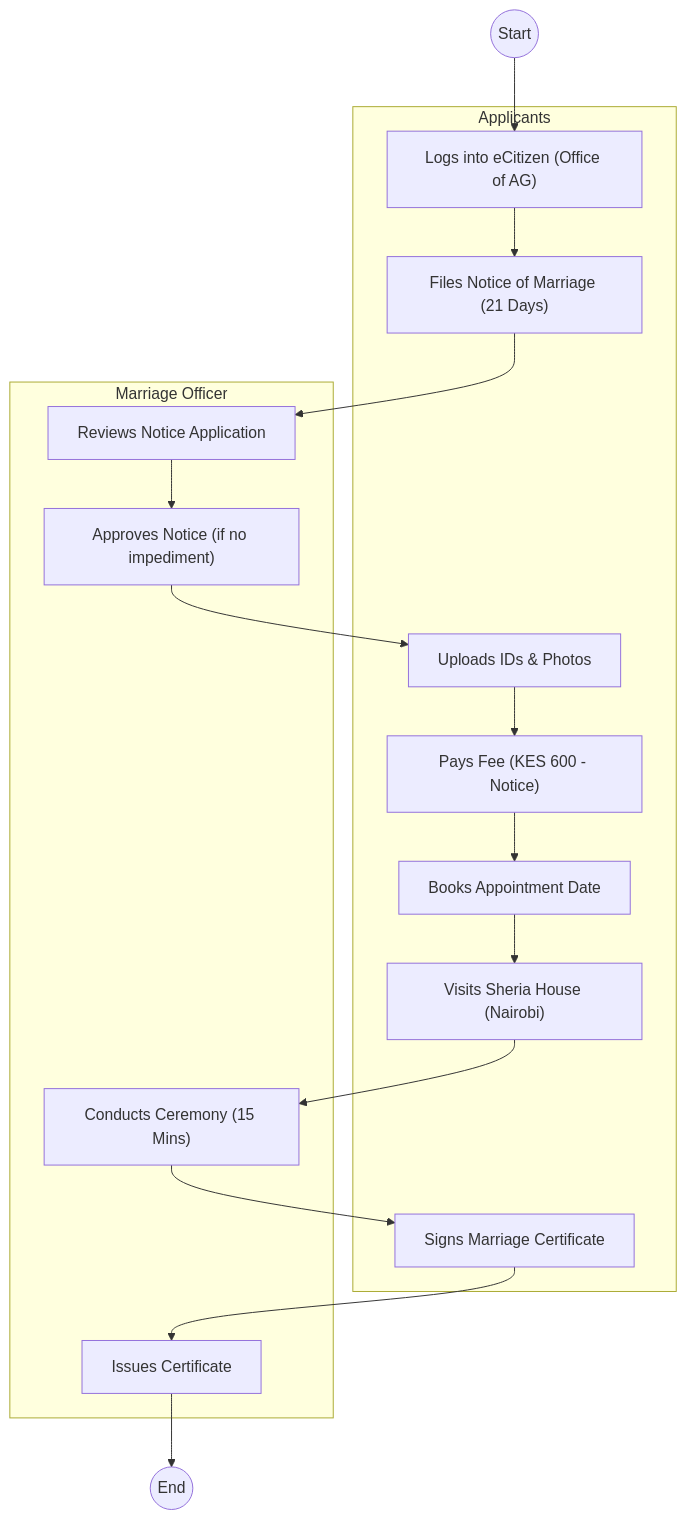
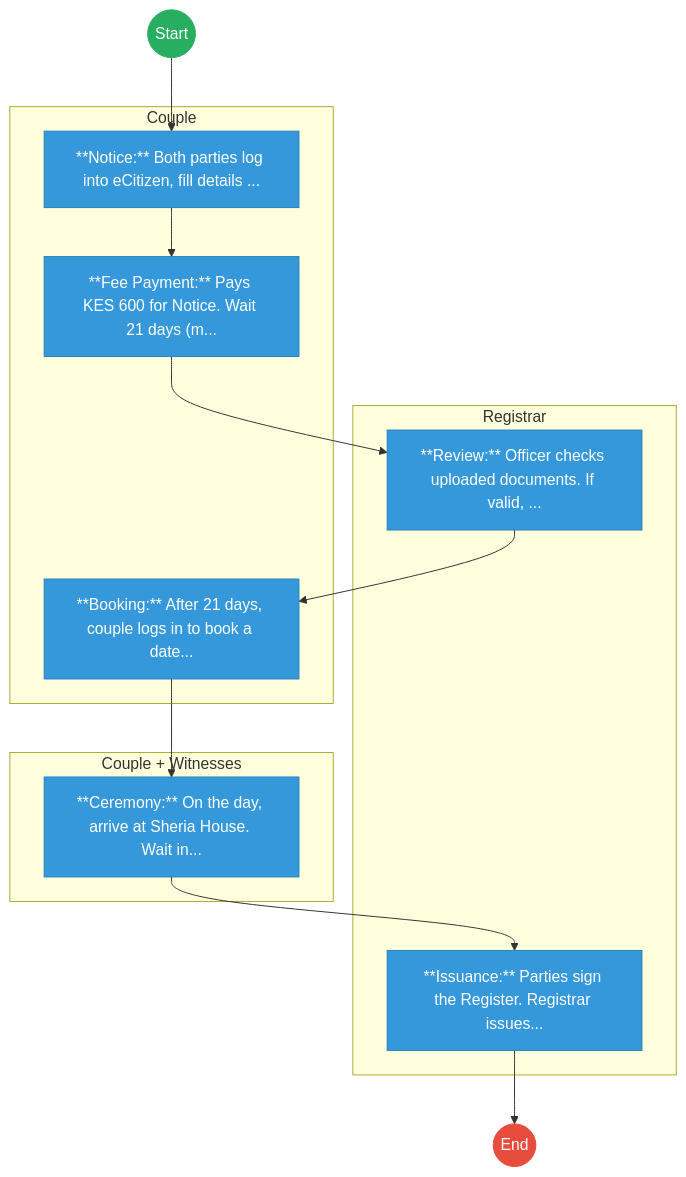
One commit to BITZ-IT-Consulting-LTD/ictapoc changed the first of 2 diagrams in mdas/docs_final/State_Law_Office_The___Service_Delivery.md. Above: the diagram before and after it, drawn with Mermaid. The commit also changed other lines of this file and 461 other files, not shown here.

````diff
--- a/mdas/docs_final/State_Law_Office_The___Service_Delivery.md
+++ b/mdas/docs_final/State_Law_Office_The___Service_Delivery.md
@@ -20,31 +20,34 @@
 ```mermaid
 graph TD
     Start((Start)) --> S1
-    subgraph Couple [Applicants]
-        S1["Logs into eCitizen (Office of AG)"]
-        S2["Files Notice of Marriage (21 Days)"]
-        S3["Uploads IDs & Photos"]
-        S4["Pays Fee (KES 600 - Notice)"]
-        S5["Books Appointment Date"]
-        S6["Visits Sheria House (Nairobi)"]
-        S8["Signs Marriage Certificate"]
+
+    subgraph Couple [Couple]
+        S1["**Notice:** Both parties log into eCitizen, fill details ..."]
+        S2["**Fee Payment:** Pays KES 600 for Notice. Wait 21 days (m..."]
+        S4["**Booking:** After 21 days, couple logs in to book a date..."]
     end
-    subgraph Registrar [Marriage Officer]
-        S2a["Reviews Notice Application"]
-        S2b["Approves Notice (if no impediment)"]
-        S7["Conducts Ceremony (15 Mins)"]
-        S9["Issues Certificate"]
+
+    subgraph Registrar [Registrar]
+        S3["**Review:** Officer checks uploaded documents. If valid, ..."]
+        S6["**Issuance:** Parties sign the Register. Registrar issues..."]
     end
-    
+
+    subgraph Couple_+_Witnesses [Couple + Witnesses]
+        S5["**Ceremony:** On the day, arrive at Sheria House. Wait in..."]
+    end
     S1 --> S2
-    S2 --> S2a
-    S2a --> S2b
-    S2b --> S3
+    S2 --> S3
     S3 --> S4
     S4 --> S5
     S5 --> S6
-    S6 --> S7
-    S7 --> S8
-    S8 --> S9
-    S9 --> End((End))
+    S6 --> End((End))
+
+    classDef start fill:#27ae60,stroke:#27ae60,color:#fff;
+    classDef endNode fill:#e74c3c,stroke:#e74c3c,color:#fff;
+    classDef userTask fill:#3498db,stroke:#2980b9,color:#fff;
+    classDef serviceTask fill:#9b59b6,stroke:#8e44ad,color:#fff;
+
+    class Start start;
+    class End endNode;
+    class S1,S2,S3,S4,S5,S6 userTask;
 ```
````
